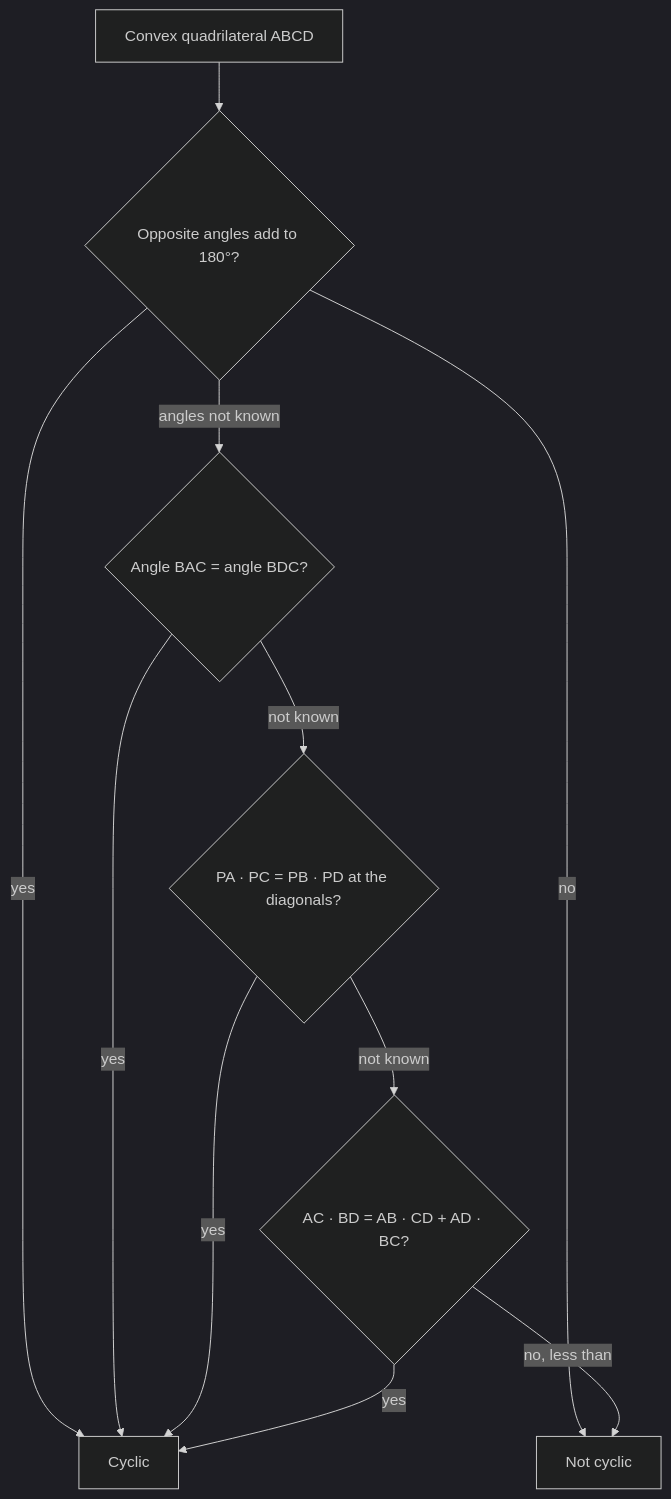
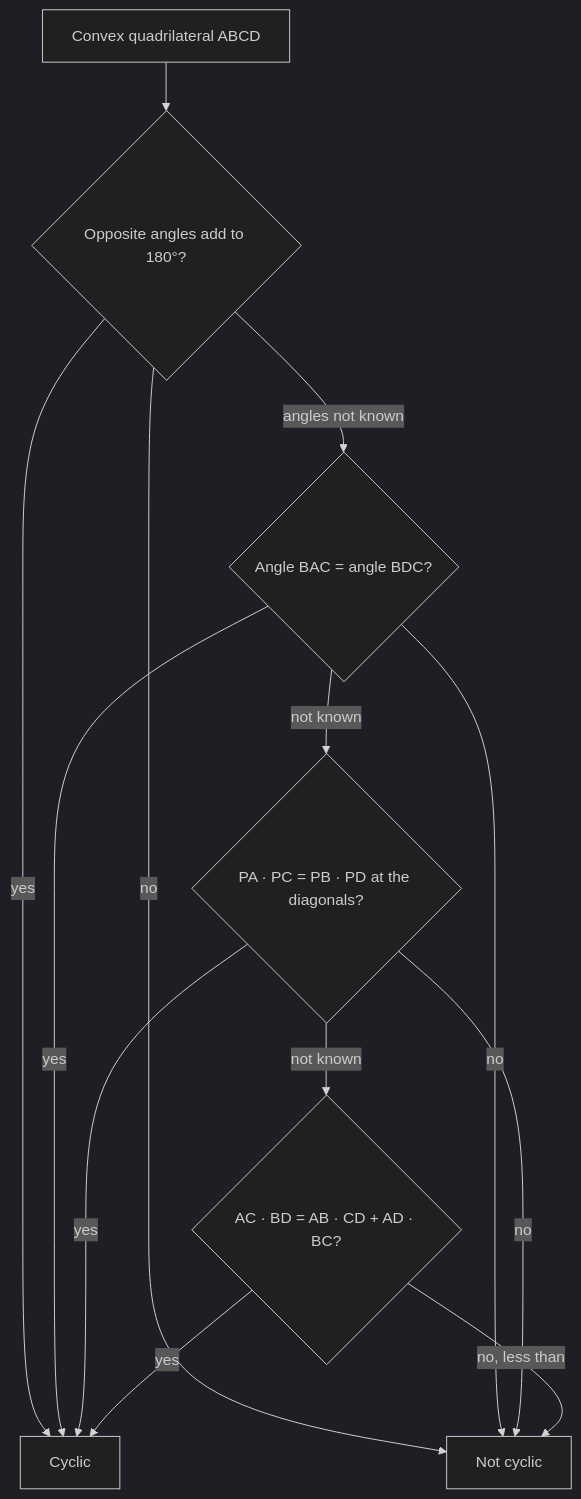
Before and after one commit to Aziliz/erudior: the diagram in content/math/geometry/lessons/93-ptolemy-cyclic.md, drawn with Mermaid (dark theme). The commit also changed 9 other files, not shown here.

````diff
--- a/content/math/geometry/lessons/93-ptolemy-cyclic.md
+++ b/content/math/geometry/lessons/93-ptolemy-cyclic.md
@@ -22,15 +22,17 @@
 ```mermaid
 flowchart TD
   accTitle: Deciding whether a quadrilateral is cyclic
-  accDescr: For a convex quadrilateral ABCD, first check whether a pair of opposite angles adds to 180 degrees; if so it is cyclic, and if the angles are known and do not, it is not cyclic. If the angles are not known, check whether two angles on the same side, such as angle BAC and angle BDC, are congruent; if so it is cyclic. Otherwise, if the diagonals meet at P, check whether PA times PC equals PB times PD; if so it is cyclic. If the side and diagonal lengths are known, check Ptolemy's relation; equality means cyclic and strict inequality means not cyclic.
+  accDescr: For a convex quadrilateral ABCD, first check whether a pair of opposite angles adds to 180 degrees; if so it is cyclic, and if the angles are known and do not, it is not cyclic. If the angles are not known, check whether two angles on the same side, such as angle BAC and angle BDC, are congruent; if so it is cyclic, and if they are known to differ it is not. If those angles are not known either, with the diagonals meeting at P, check whether PA times PC equals PB times PD; equal products mean cyclic and unequal products mean not cyclic. If the side and diagonal lengths are known, check Ptolemy's relation; equality means cyclic and strict inequality means not cyclic.
   A["Convex quadrilateral ABCD"] --> B{"Opposite angles add to 180°?"}
   B -- yes --> Y["Cyclic"]
   B -- no --> N
   B -- "angles not known" --> C{"Angle BAC = angle BDC?"}
   C -- yes --> Y
+  C -- no --> N
   C -- "not known" --> D{"PA · PC = PB · PD at the diagonals?"}
   D -- yes --> Y
+  D -- no --> N
   D -- "not known" --> E{"AC · BD = AB · CD + AD · BC?"}
   E -- yes --> Y
   E -- "no, less than" --> N["Not cyclic"]
 ```
````
